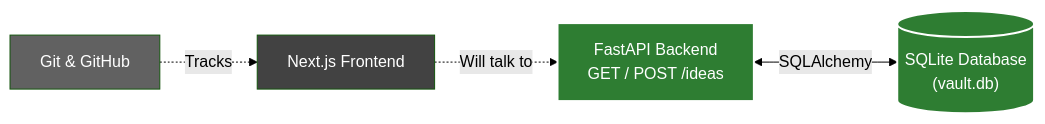
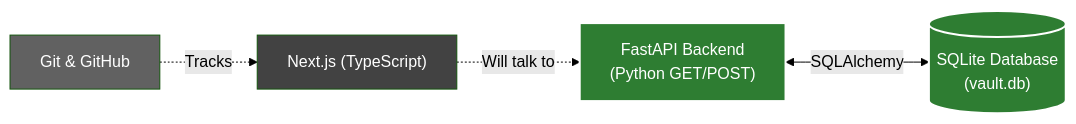
The ninth of 16 diagrams in AI_JOURNAL.md (Saima-H/orientrix-training), drawn with Mermaid (forest theme) before and after one commit. The commit also changed other lines of this file, not shown here.

````diff
--- a/AI_JOURNAL.md
+++ b/AI_JOURNAL.md
@@ -196,15 +202,15 @@
 ```mermaid
 flowchart LR
     Git["Git & GitHub"]:::past
-    FE["Next.js Frontend"]:::future
-    BE["FastAPI Backend<br/>GET / POST /ideas"]:::day3
+    FE["Next.js (TypeScript)"]:::future
+    BE["FastAPI Backend<br/>(Python GET/POST)"]:::day3
     DB[("SQLite Database<br/>(vault.db)")]:::day3
 
     Git -. "Tracks" .-> FE
     FE -. "Will talk to" .-> BE
     BE <-->|SQLAlchemy| DB
 
     classDef past fill:#616161,color:#fff;
     classDef day3 fill:#2e7d32,color:#fff,stroke:#fff,stroke-width:2px;
     classDef future fill:#424242,color:#fff;
 ```
````
